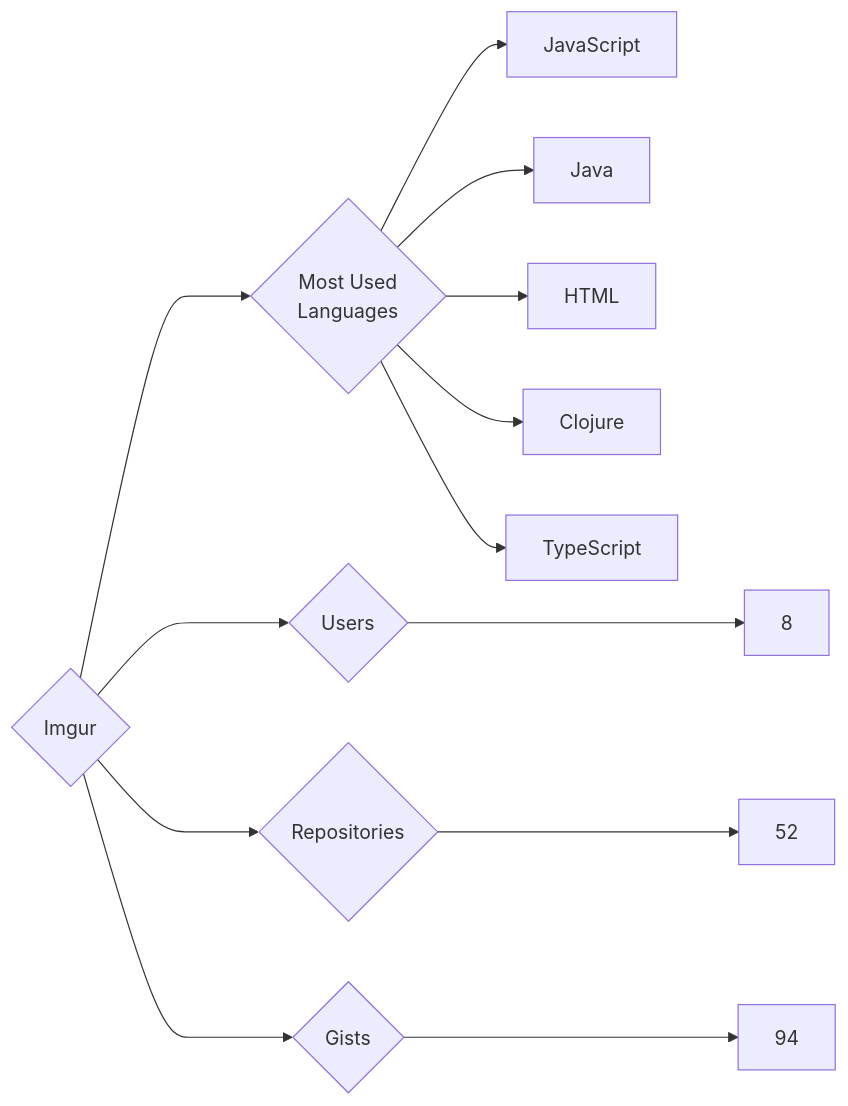
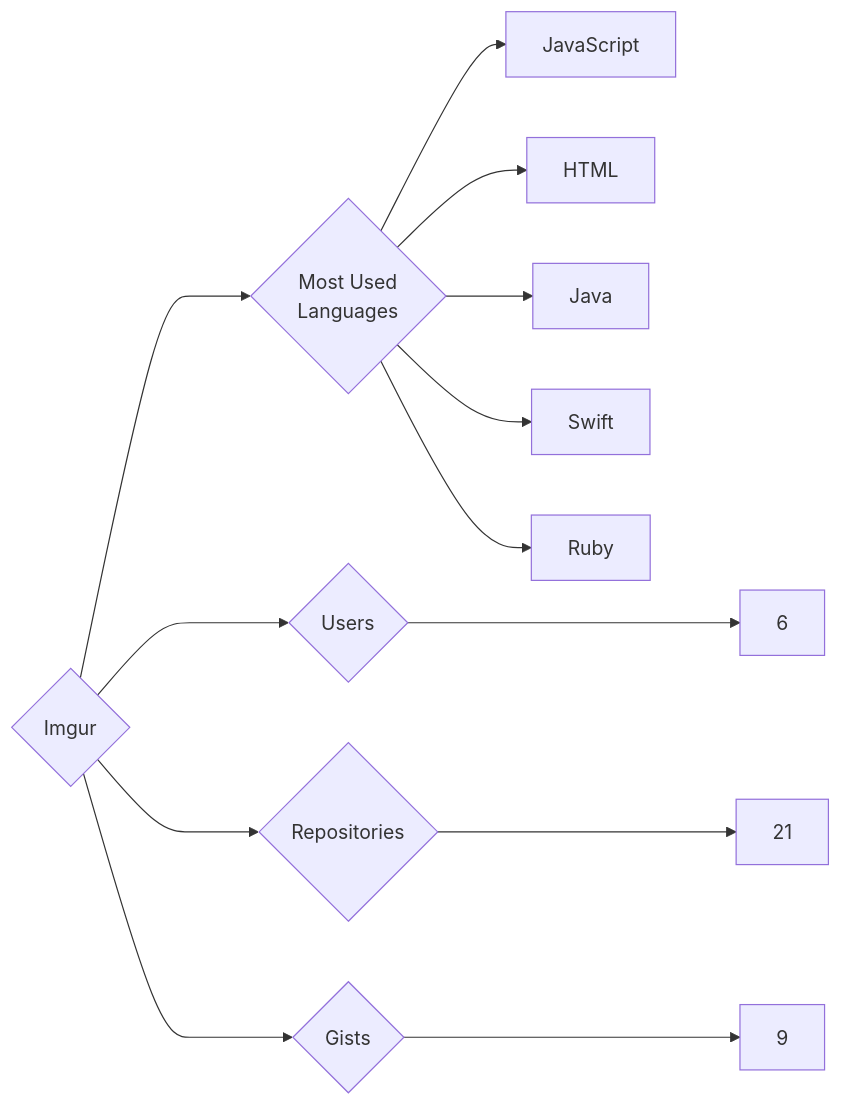
One commit to trickest/insiders changed the diagram in targets/Imgur/README.md. Above: the diagram before and after it, drawn with Mermaid. The commit also changed 1036 other files, not shown here.

````diff
--- a/targets/Imgur/README.md
+++ b/targets/Imgur/README.md
@@ -3,13 +3,13 @@
 ```mermaid
 graph LR
 COMPANY_NAME{Imgur}
-COMPANY_NAME ---> U{Users} ---> UN[8]
-COMPANY_NAME ---> R{Repositories} ---> RN[52]
-COMPANY_NAME ---> G{Gists} ---> GN[94]
+COMPANY_NAME ---> U{Users} ---> UN[6]
+COMPANY_NAME ---> R{Repositories} ---> RN[21]
+COMPANY_NAME ---> G{Gists} ---> GN[9]
 COMPANY_NAME ---> ML{Most Used<br>Languages}
 ML --> JavaScript[JavaScript]
+ML --> HTML[HTML]
 ML --> Java[Java]
-ML --> HTML[HTML]
-ML --> Clojure[Clojure]
-ML --> TypeScript[TypeScript]
+ML --> Swift[Swift]
+ML --> Ruby[Ruby]
 ```
````
